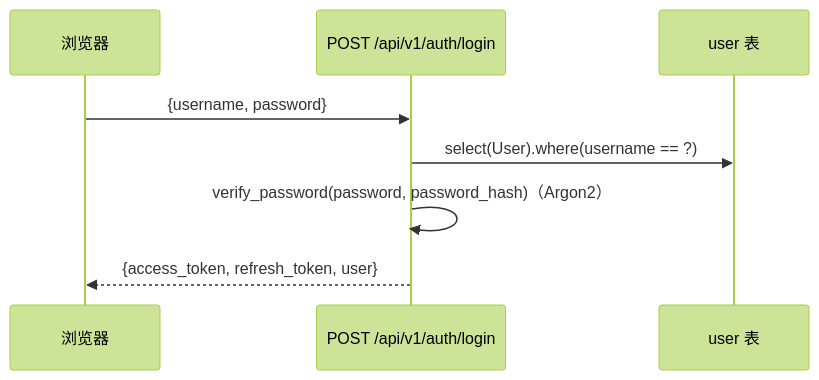
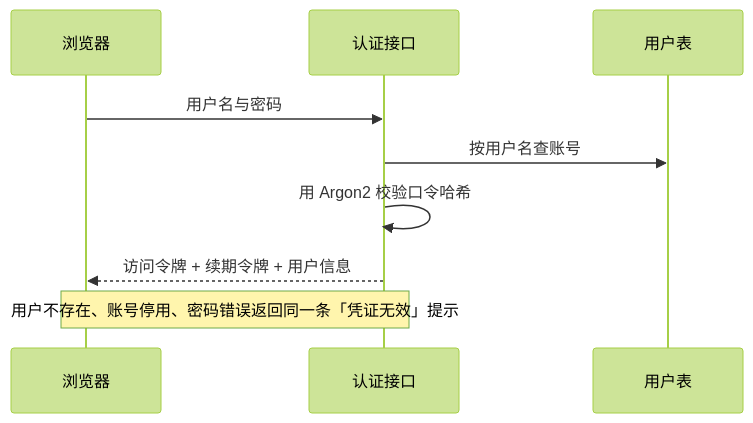
Before and after one commit to Sakana-1314/Electrical-Manager: the second of 27 diagrams in docs/websites/pages/dev-flows.md, drawn with Mermaid (forest theme). The commit also changed other lines of this file and 24 other files, not shown here.

Commit message:
docs: 重构文档站（部署指南 / 接口 / 系统设计 + 图表化） (#301)

````diff
--- a/docs/websites/pages/dev-flows.md
+++ b/docs/websites/pages/dev-flows.md
@@ -21,10 +29,11 @@
 ```mermaid
 sequenceDiagram
     participant U as 浏览器
-    participant API as POST /api/v1/auth/login
-    participant DB as user 表
-    U->>API: {username, password}
-    API->>DB: select(User).where(username == ?)
-    API->>API: verify_password(password, password_hash)（Argon2）
-    API-->>U: {access_token, refresh_token, user}
+    participant API as 认证接口
+    participant DB as 用户表
+    U->>API: 用户名与密码
+    API->>DB: 按用户名查账号
+    API->>API: 用 Argon2 校验口令哈希
+    API-->>U: 访问令牌 + 续期令牌 + 用户信息
+    note over API,U: 用户不存在、账号停用、密码错误返回同一条「凭证无效」提示
 ```
````
